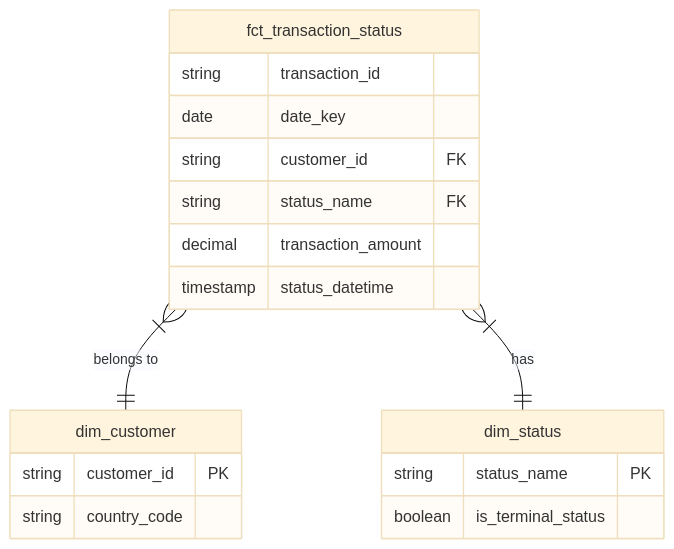
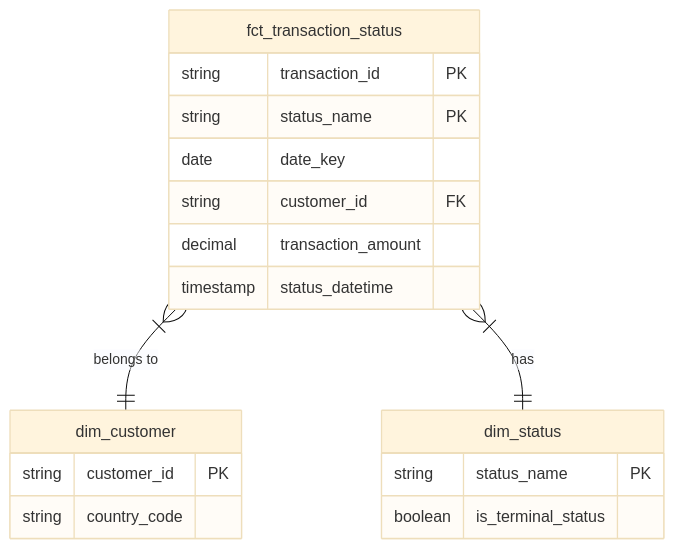
The diagram in README.md (dre-at8865/payment_processor_data_model), drawn with Mermaid (base theme) before and after one commit. The commit also changed other lines of this file and 2 other files, not shown here.

````diff
--- a/README.md
+++ b/README.md
@@ -28,22 +30,22 @@
 ```mermaid
 erDiagram
     fct_transaction_status {
-        string transaction_id
+        string transaction_id PK
+        string status_name PK
         date date_key
         string customer_id FK
-        string status_name FK
         decimal transaction_amount
         timestamp status_datetime
     }
     dim_customer {
         string customer_id PK
         string country_code
     }
     dim_status {
         string status_name PK
         boolean is_terminal_status
     }
 
     fct_transaction_status }|--|| dim_customer : "belongs to"
     fct_transaction_status }|--|| dim_status : "has"
 ```
````
